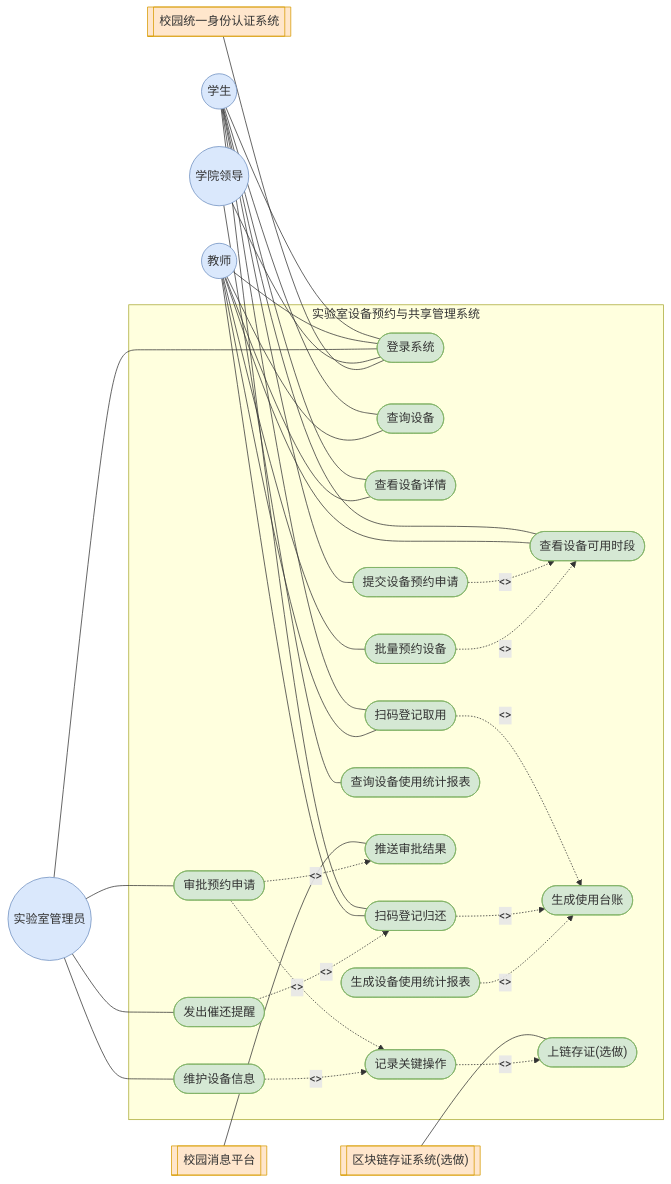
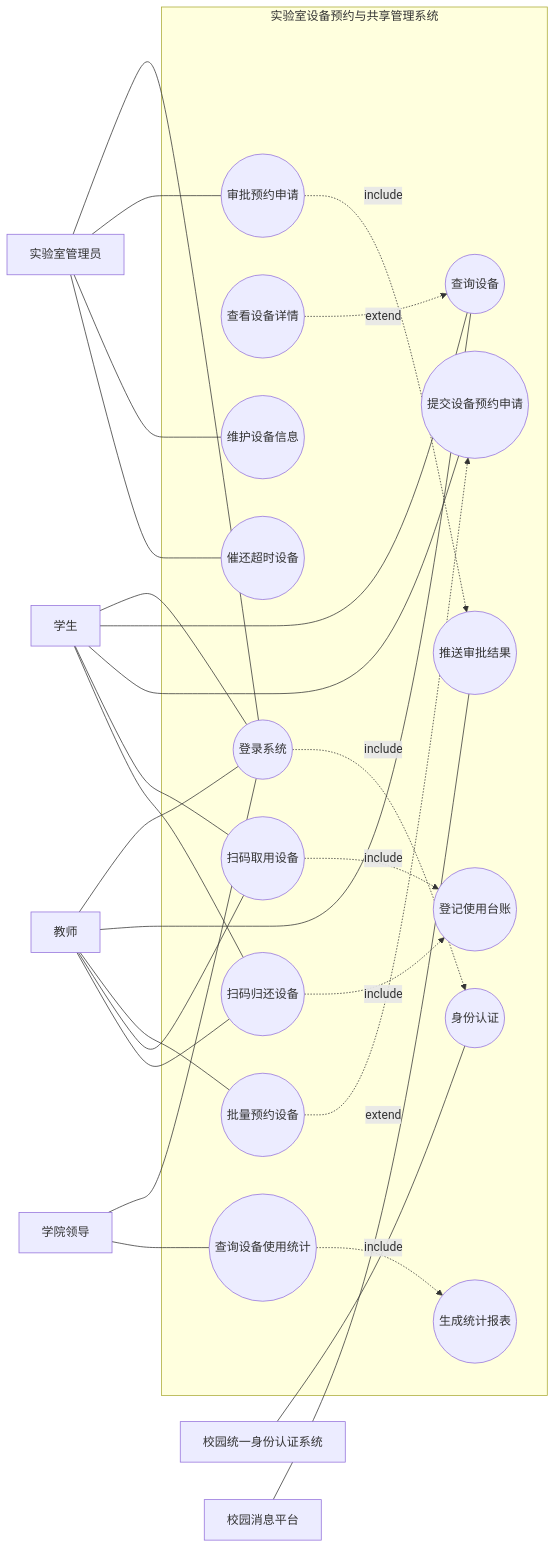
The diagram in all/未命名.md (Aurora-wxy03/iodraw-files), drawn with Mermaid before and after one commit.

Commit message:
2026-10-09 10:51:19 update

````diff
--- a/all/未命名.md
+++ b/all/未命名.md
@@ -1,83 +1,60 @@
 ```mermaid
 flowchart LR
-    %% 参与者
-    Student(("学生"))
-    Teacher(("教师"))
-    Admin(("实验室管理员"))
-    Leader(("学院领导"))
-    AuthSys[["校园统一身份认证系统"]]
-    MsgSys[["校园消息平台"]]
-    ChainSys[["区块链存证系统(选做)"]]
+    Student["学生"]
+    Teacher["教师"]
+    Admin["实验室管理员"]
+    Leader["学院领导"]
+    AuthSys["校园统一身份认证系统"]
+    MsgSys["校园消息平台"]
 
-    %% 系统边界
     subgraph System["实验室设备预约与共享管理系统"]
-        UC1(["登录系统"])
-        UC2(["查询设备"])
-        UC3(["查看设备详情"])
-        UC4(["查看设备可用时段"])
-        UC5(["提交设备预约申请"])
-        UC6(["批量预约设备"])
-        UC7(["审批预约申请"])
-        UC8(["维护设备信息"])
-        UC9(["发出催还提醒"])
-        UC10(["扫码登记取用"])
-        UC11(["扫码登记归还"])
-        UC12(["生成使用台账"])
-        UC13(["生成设备使用统计报表"])
-        UC14(["查询设备使用统计报表"])
-        UC15(["推送审批结果"])
-        UC16(["记录关键操作"])
-        UC17(["上链存证(选做)"])
+        UC1(("登录系统"))
+        UC2(("身份认证"))
+        UC3(("查询设备"))
+        UC4(("查看设备详情"))
+        UC5(("提交设备预约申请"))
+        UC6(("批量预约设备"))
+        UC7(("审批预约申请"))
+        UC8(("推送审批结果"))
+        UC9(("维护设备信息"))
+        UC10(("催还超时设备"))
+        UC11(("扫码取用设备"))
+        UC12(("扫码归还设备"))
+        UC13(("登记使用台账"))
+        UC14(("查询设备使用统计"))
+        UC15(("生成统计报表"))
     end
 
-    %% 参与者与用例
     Student --- UC1
-    Student --- UC2
     Student --- UC3
-    Student --- UC4
     Student --- UC5
-    Student --- UC10
     Student --- UC11
+    Student --- UC12
 
     Teacher --- UC1
-    Teacher --- UC2
     Teacher --- UC3
-    Teacher --- UC4
     Teacher --- UC6
-    Teacher --- UC10
     Teacher --- UC11
+    Teacher --- UC12
 
     Admin --- UC1
     Admin --- UC7
-    Admin --- UC8
     Admin --- UC9
+    Admin --- UC10
 
     Leader --- UC1
     Leader --- UC14
 
-    AuthSys --- UC1
-    MsgSys --- UC15
-    ChainSys --- UC17
+    AuthSys --- UC2
+    MsgSys --- UC8
 
-    %% include
-    UC5 -. "<<include>>" .-> UC4
-    UC6 -. "<<include>>" .-> UC4
-    UC7 -. "<<include>>" .-> UC15
-    UC10 -. "<<include>>" .-> UC12
-    UC11 -. "<<include>>" .-> UC12
-    UC13 -. "<<include>>" .-> UC12
-    UC16 -. "<<include>>" .-> UC17
+    UC1 -.->|"include"| UC2
+    UC7 -.->|"include"| UC8
+    UC11 -.->|"include"| UC13
+    UC12 -.->|"include"| UC13
+    UC14 -.->|"include"| UC15
 
-    %% extend
-    UC9 -. "<<extend>>" .-> UC11
-    UC7 -. "<<extend>>" .-> UC16
-    UC8 -. "<<extend>>" .-> UC16
+    UC4 -.->|"extend"| UC3
+    UC6 -.->|"extend"| UC5
 
-    %% 样式
-    classDef actor fill:#dae8fc,stroke:#6c8ebf,stroke-width:1px;
-    classDef ext fill:#ffe6cc,stroke:#d79b00,stroke-width:1px;
-    classDef uc fill:#d5e8d4,stroke:#82b366,stroke-width:1px;
-    class Student,Teacher,Admin,Leader actor;
-    class AuthSys,MsgSys,ChainSys ext;
-    class UC1,UC2,UC3,UC4,UC5,UC6,UC7,UC8,UC9,UC10,UC11,UC12,UC13,UC14,UC15,UC16,UC17 uc;
 ```
````
